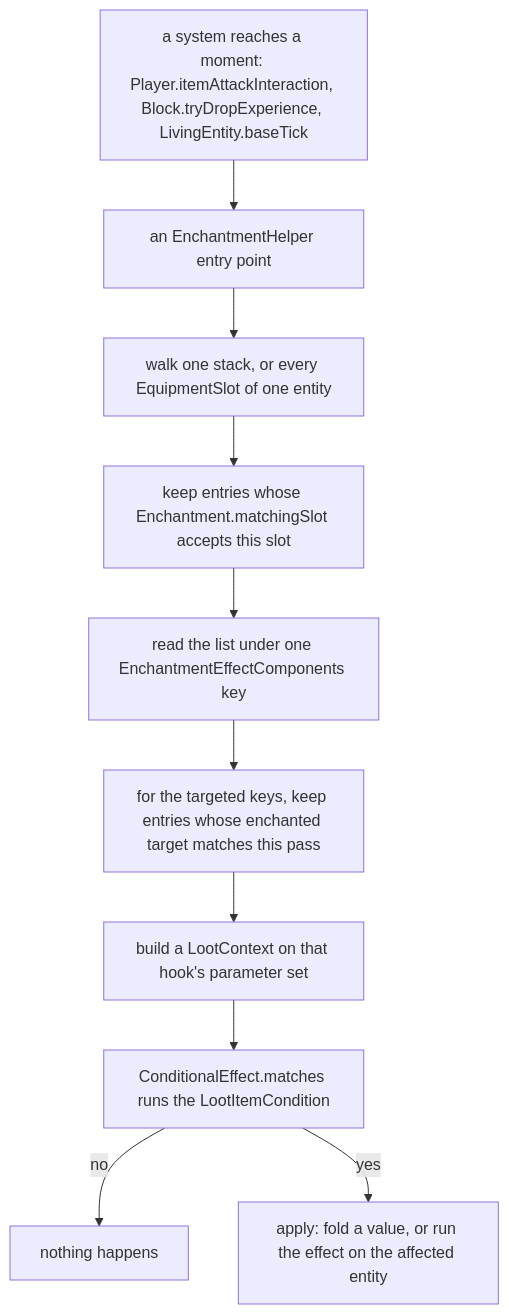
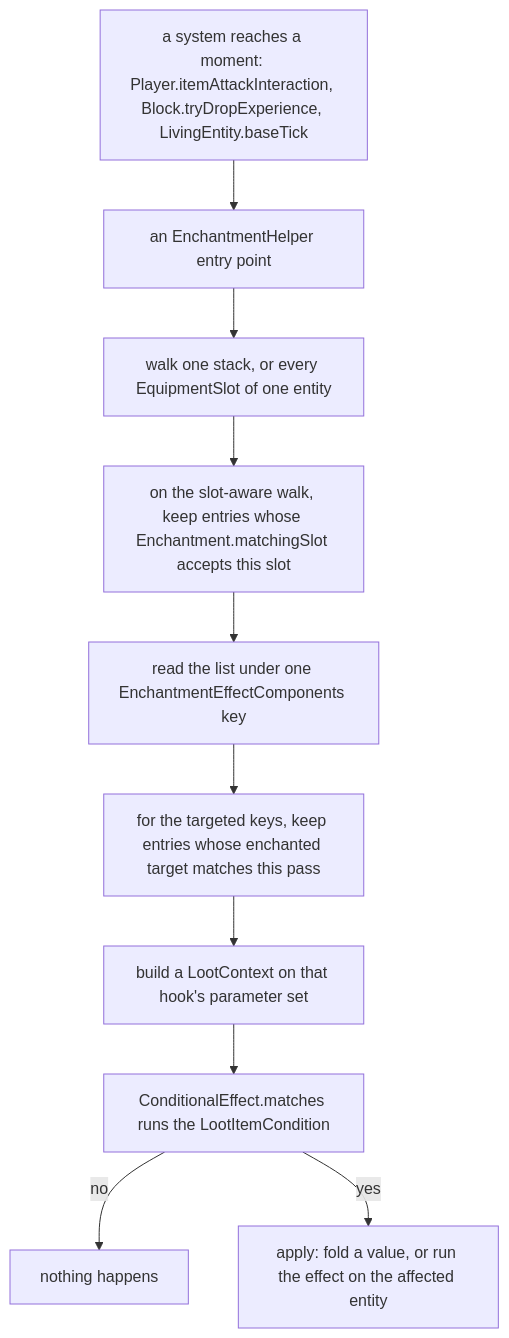
The first of 2 diagrams in src/systems/items/enchantments.md (AlexanderjFraser/MinecraftDocs), drawn with Mermaid before and after one commit. The commit also changed other lines of this file and 13 other files, not shown here.

````diff
--- a/src/systems/items/enchantments.md
+++ b/src/systems/items/enchantments.md
@@ -140,13 +144,13 @@
 ```mermaid
 flowchart TD
     Caller["a system reaches a moment: Player.itemAttackInteraction, Block.tryDropExperience, LivingEntity.baseTick"]
     Caller --> EH["an EnchantmentHelper entry point"]
     EH --> Walk["walk one stack, or every EquipmentSlot of one entity"]
-    Walk --> Slot["keep entries whose Enchantment.matchingSlot accepts this slot"]
+    Walk --> Slot["on the slot-aware walk, keep entries whose Enchantment.matchingSlot accepts this slot"]
     Slot --> Comp["read the list under one EnchantmentEffectComponents key"]
     Comp --> Target["for the targeted keys, keep entries whose enchanted target matches this pass"]
     Target --> Ctx["build a LootContext on that hook's parameter set"]
     Ctx --> Cond["ConditionalEffect.matches runs the LootItemCondition"]
     Cond -- "no" --> Drop["nothing happens"]
     Cond -- "yes" --> Apply["apply: fold a value, or run the effect on the affected entity"]
 ```
````
